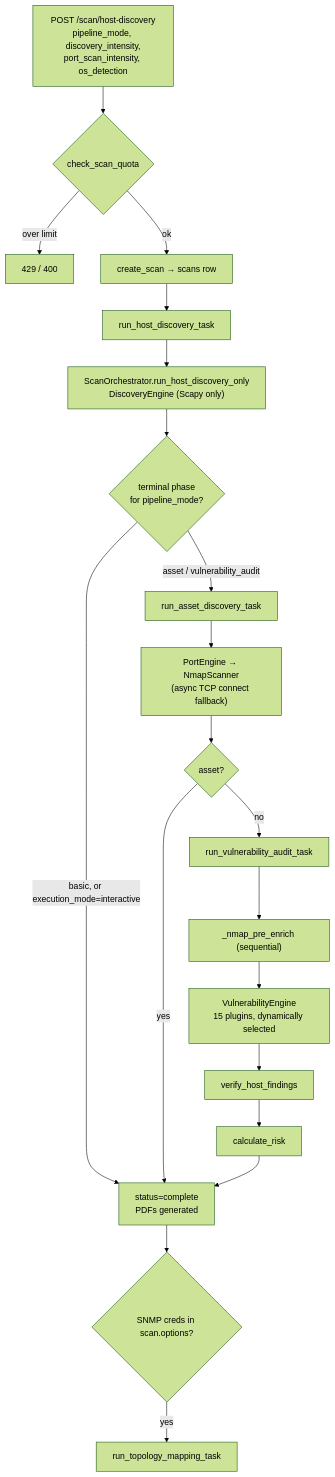
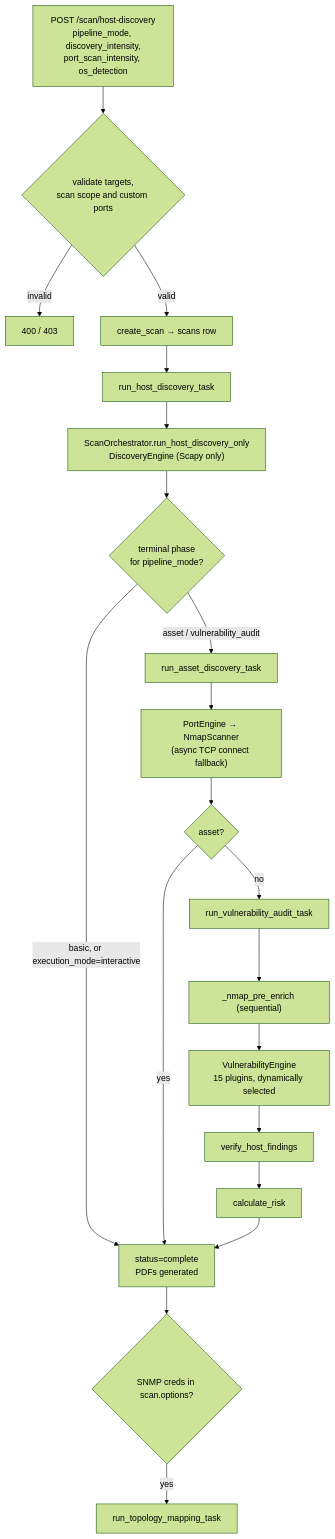
Before and after one commit to pankajkumar2498/CCure-PRO: the fifth of 6 diagrams in docs/SYSTEM_ARCHITECTURE.md, drawn with Mermaid (forest theme). The commit also changed 126 other files, not shown here.

````diff
--- a/docs/SYSTEM_ARCHITECTURE.md
+++ b/docs/SYSTEM_ARCHITECTURE.md
@@ -489,22 +489,22 @@
 ```mermaid
 flowchart TD
-    A["POST /scan/host-discovery<br/>pipeline_mode, discovery_intensity,<br/>port_scan_intensity, os_detection"] --> Q{"check_scan_quota"}
-    Q -->|"over limit"| E1["429 / 400"]
-    Q -->|"ok"| C["create_scan → scans row"]
+    A["POST /scan/host-discovery<br/>pipeline_mode, discovery_intensity,<br/>port_scan_intensity, os_detection"] --> Q{"validate targets,<br/>scan scope and custom ports"}
+    Q -->|"invalid"| E1["400 / 403"]
+    Q -->|"valid"| C["create_scan → scans row"]
     C --> T1["run_host_discovery_task"]
     T1 --> P1["ScanOrchestrator.run_host_discovery_only<br/>DiscoveryEngine (Scapy only)"]
     P1 --> D{"terminal phase<br/>for pipeline_mode?"}
     D -->|"basic, or execution_mode=interactive"| DONE["status=complete<br/>PDFs generated"]
     D -->|"asset / vulnerability_audit"| T2["run_asset_discovery_task"]
     T2 --> P2["PortEngine → NmapScanner<br/>(async TCP connect fallback)"]
     P2 --> D2{"asset?"}
     D2 -->|"yes"| DONE
     D2 -->|"no"| T3["run_vulnerability_audit_task"]
     T3 --> NM["_nmap_pre_enrich (sequential)"]
     NM --> VE["VulnerabilityEngine<br/>15 plugins, dynamically selected"]
     VE --> VER["verify_host_findings"]
     VER --> RS["calculate_risk"]
     RS --> DONE
     DONE --> T4{"SNMP creds in scan.options?"}
     T4 -->|"yes"| P4["run_topology_mapping_task"]
 ```
````
